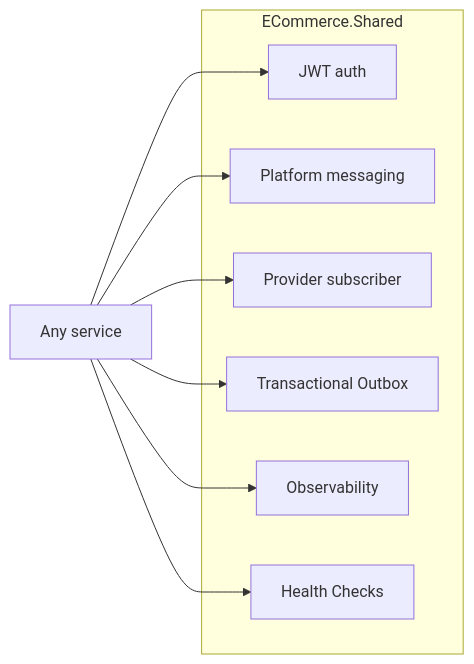
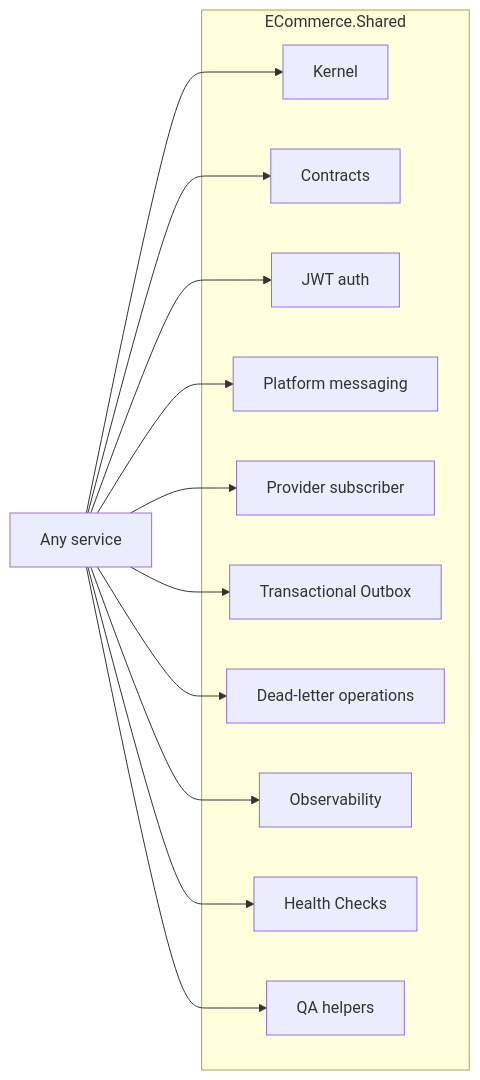
One commit to daonhan/Microservices-in-.NET changed the diagram in docs/wiki/Shared-Library.md. Above: the diagram before and after it, drawn with Mermaid. The commit also changed other lines of this file and 2 other files, not shown here.

````diff
--- a/docs/wiki/Shared-Library.md
+++ b/docs/wiki/Shared-Library.md
@@ -7,17 +7,25 @@
 ```mermaid
 graph LR
     subgraph ECommerce.Shared
+        Kernel[Kernel]
+        Contracts[Contracts]
         Jwt[JWT auth]
         Bus[Platform messaging]
         Sub[Provider subscriber]
         Outbox[Transactional Outbox]
+        DLQ[Dead-letter operations]
         Obs[Observability]
         Health[Health Checks]
+        Qa[QA helpers]
     end
-    Svc[Any service] --> Jwt
+    Svc[Any service] --> Kernel
+    Svc --> Contracts
+    Svc --> Jwt
     Svc --> Bus
     Svc --> Sub
     Svc --> Outbox
+    Svc --> DLQ
     Svc --> Obs
     Svc --> Health
+    Svc --> Qa
 ```
````
